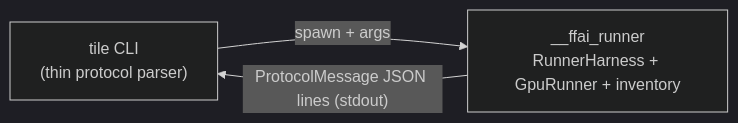
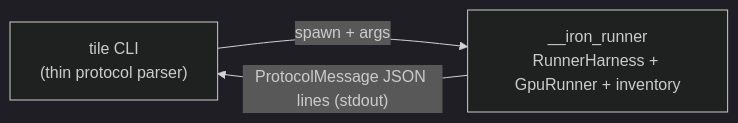
One commit to giveen/iron changed the fourth of 6 diagrams in docs/specs/ARCHITECTURE.md. Above: the diagram before and after it, drawn with Mermaid (dark theme). The commit also changed other lines of this file and 1096 other files, not shown here.

````diff
--- a/docs/specs/ARCHITECTURE.md
+++ b/docs/specs/ARCHITECTURE.md
@@ -151,5 +151,5 @@
 ```mermaid
 flowchart LR
-    cli["tile CLI<br/>(thin protocol parser)"] -- "spawn + args" --> proc["__ffai_runner<br/>RunnerHarness + GpuRunner + inventory"]
+    cli["tile CLI<br/>(thin protocol parser)"] -- "spawn + args" --> proc["__iron_runner<br/>RunnerHarness + GpuRunner + inventory"]
     proc -- "ProtocolMessage JSON lines (stdout)" --> cli
 ```
````
